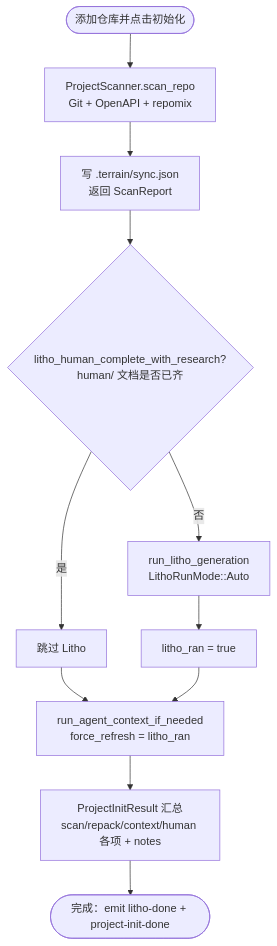
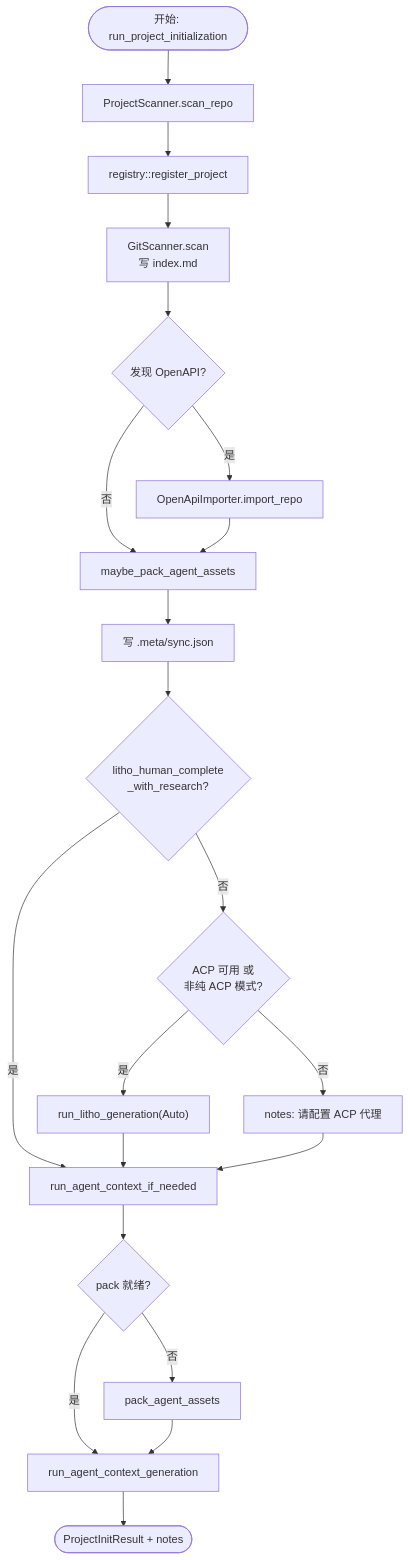
The second of 11 diagrams in .terrain/human/3.工作流.md (sopaco/terrain), drawn with Mermaid before and after one commit. The commit also changed other lines of this file and 39 other files, not shown here.

Commit message:
update terrain assets

````diff
--- a/.terrain/human/3.工作流.md
+++ b/.terrain/human/3.工作流.md
@@ -50,13 +60,23 @@
 ```mermaid
 flowchart TD
-    Start([添加仓库并点击初始化]) --> A["ProjectScanner.scan_repo<br/>Git + OpenAPI + repomix"]
-    A --> B["写 .terrain/sync.json<br/>返回 ScanReport"]
-    B --> C{"litho_human_complete_with_research?<br/>human/ 文档是否已齐"}
-    C -- 否 --> D["run_litho_generation<br/>LithoRunMode::Auto"]
-    D --> E["litho_ran = true"]
-    C -- 是 --> F["跳过 Litho"]
-    F --> G["run_agent_context_if_needed<br/>force_refresh = litho_ran"]
-    E --> G
-    G --> H["ProjectInitResult 汇总<br/>scan/repack/context/human 各项 + notes"]
-    H --> End2([完成：emit litho-done + project-init-done])
+    Start([开始: run_project_initialization]) --> Scan["ProjectScanner.scan_repo"]
+    Scan --> Reg["registry::register_project"]
+    Reg --> Git["GitScanner.scan<br/>写 index.md"]
+    Git --> OAS{"发现 OpenAPI?"}
+    OAS -->|是| Imp["OpenApiImporter.import_repo"]
+    OAS -->|否| Pack
+    Imp --> Pack["maybe_pack_agent_assets"]
+    Pack --> Sync["写 .meta/sync.json"]
+    Sync --> Human{"litho_human_complete<br/>_with_research?"}
+    Human -->|否| CanRun{"ACP 可用 或<br/>非纯 ACP 模式?"}
+    CanRun -->|是| Litho["run_litho_generation(Auto)"]
+    CanRun -->|否| Note1["notes: 请配置 ACP 代理"]
+    Human -->|是| Ctx
+    Litho --> Ctx["run_agent_context_if_needed"]
+    Note1 --> Ctx
+    Ctx --> Ready{"pack 就绪?"}
+    Ready -->|否| Repack["pack_agent_assets"]
+    Ready -->|是| Gen
+    Repack --> Gen["run_agent_context_generation"]
+    Gen --> Done([ProjectInitResult + notes])
 ```
````
